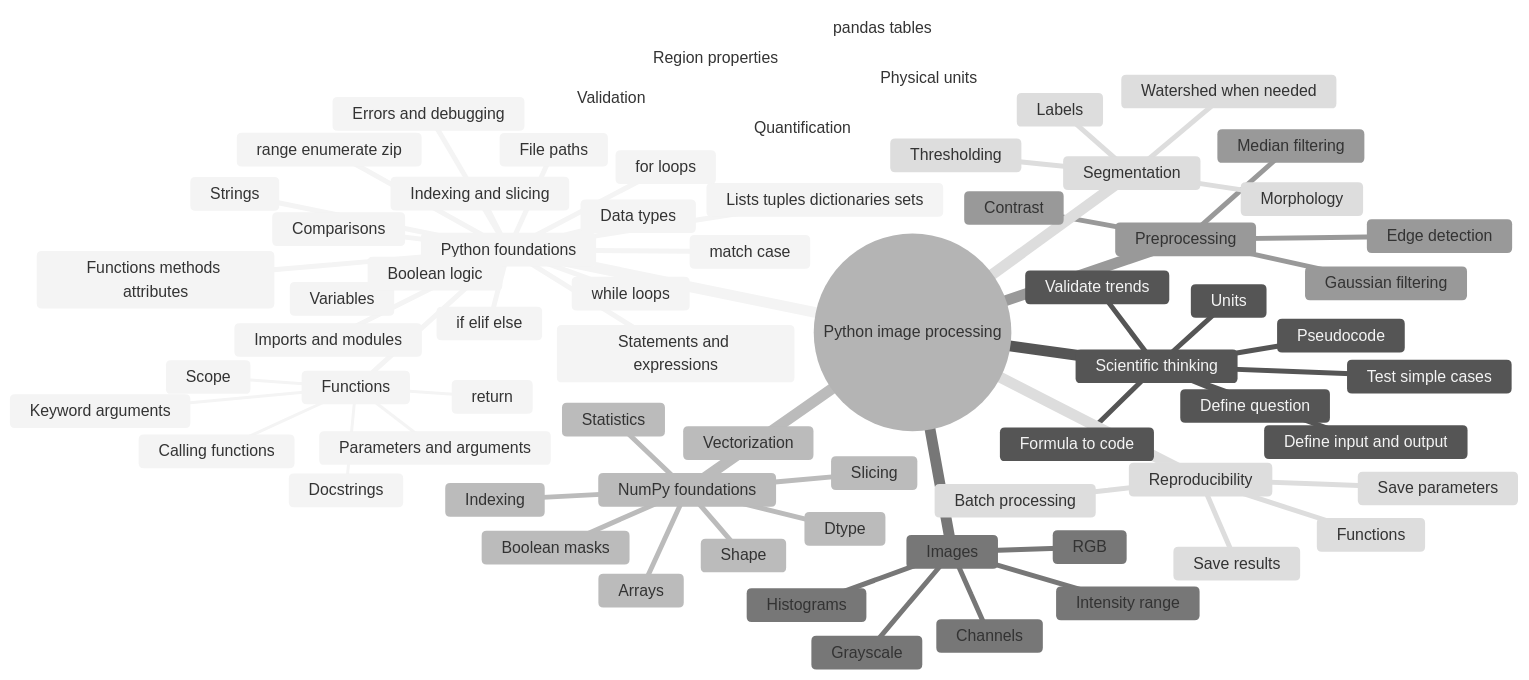
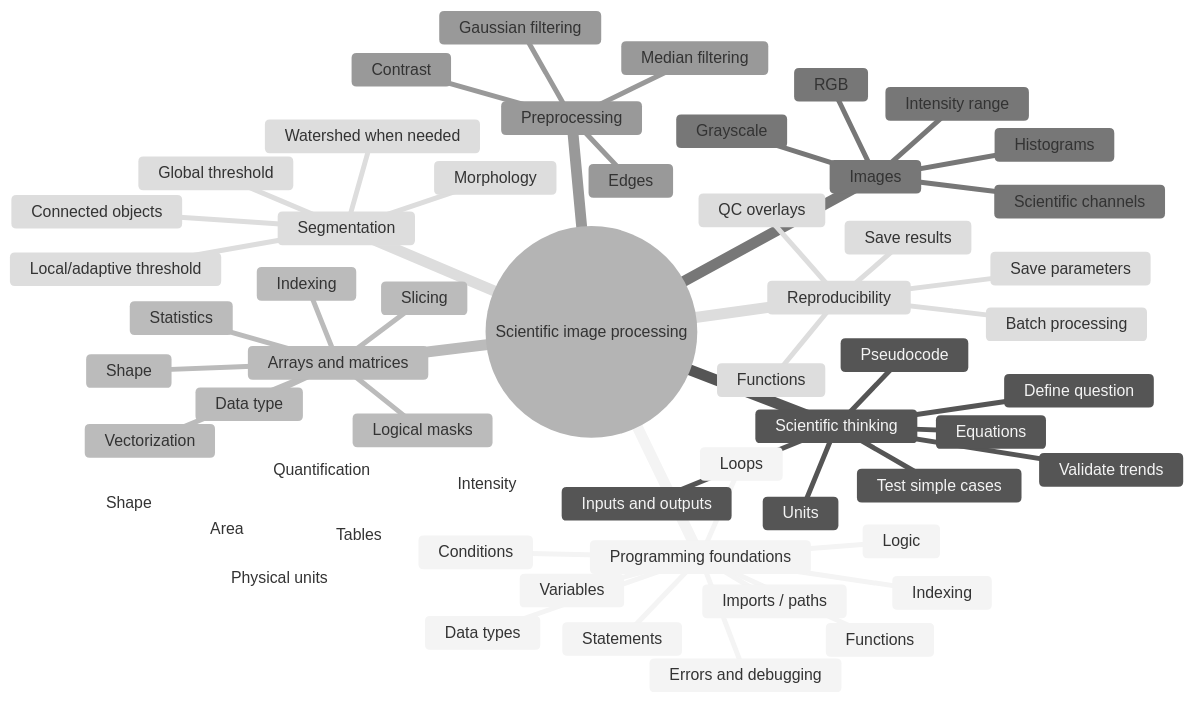
Before and after one commit to Mobarak-Karim/Basic_image_processing_pyhton: the diagram in README.md, drawn with Mermaid (neutral theme). The commit also changed other lines of this file, not shown here.

````diff
--- a/README.md
+++ b/README.md
@@ -39,72 +63,60 @@
 ```mermaid
 mindmap
-  root((Python image processing))
-    Python foundations
-      Statements and expressions
+  root((Scientific image processing))
+    Programming foundations
       Variables
       Data types
-      Strings
-      Lists tuples dictionaries sets
-      Indexing and slicing
-      Comparisons
-      Boolean logic
-      if elif else
-      match case
-      for loops
-      while loops
-      range enumerate zip
+      Statements
+      Indexing
+      Logic
+      Conditions
+      Loops
       Functions
-        Calling functions
-        Parameters and arguments
-        Keyword arguments
-        return
-        Scope
-        Docstrings
-      Functions methods attributes
-      Imports and modules
-      File paths
+      Imports / paths
       Errors and debugging
     Scientific thinking
       Define question
-      Define input and output
+      Inputs and outputs
+      Equations
       Units
-      Formula to code
       Pseudocode
       Test simple cases
       Validate trends
-    NumPy foundations
-      Arrays
+    Arrays and matrices
       Shape
-      Dtype
+      Data type
       Indexing
       Slicing
       Statistics
-      Boolean masks
+      Logical masks
       Vectorization
     Images
       Grayscale
       RGB
-      Channels
+      Scientific channels
       Intensity range
       Histograms
     Preprocessing
       Contrast
       Gaussian filtering
       Median filtering
-      Edge detection
+      Edges
     Segmentation
-      Thresholding
+      Global threshold
+      Local/adaptive threshold
       Morphology
-      Labels
+      Connected objects
       Watershed when needed
     Quantification
-      Region properties
-      pandas tables
+      Area
+      Shape
+      Intensity
       Physical units
-      Validation
+      Tables
     Reproducibility
       Functions
       Batch processing
       Save parameters
       Save results
+      QC overlays
 ```
````
